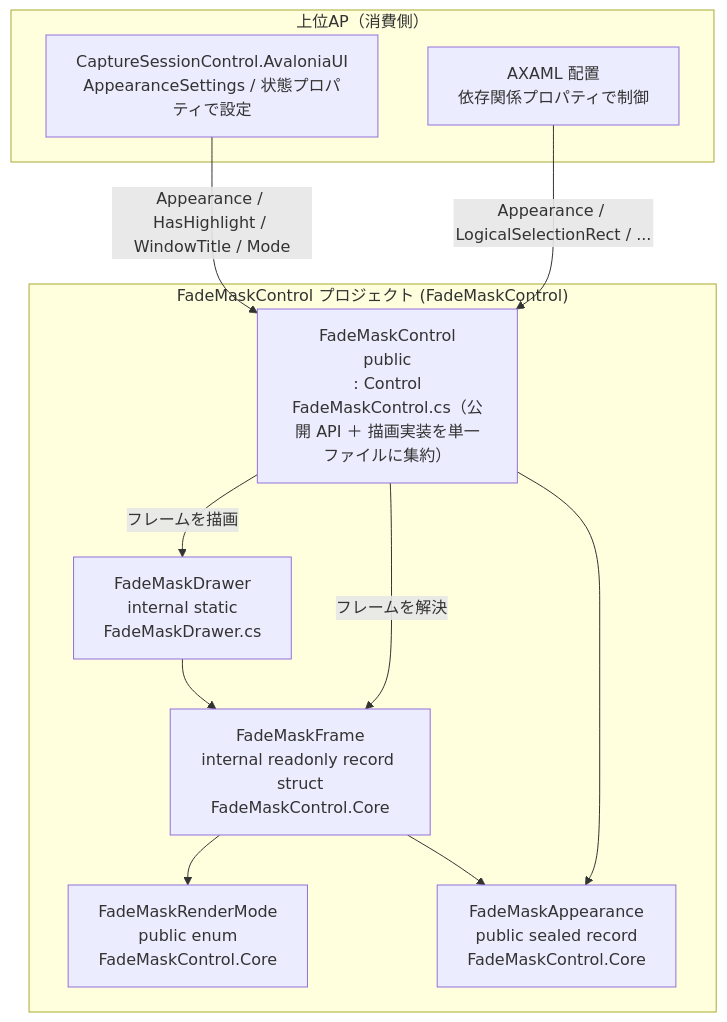
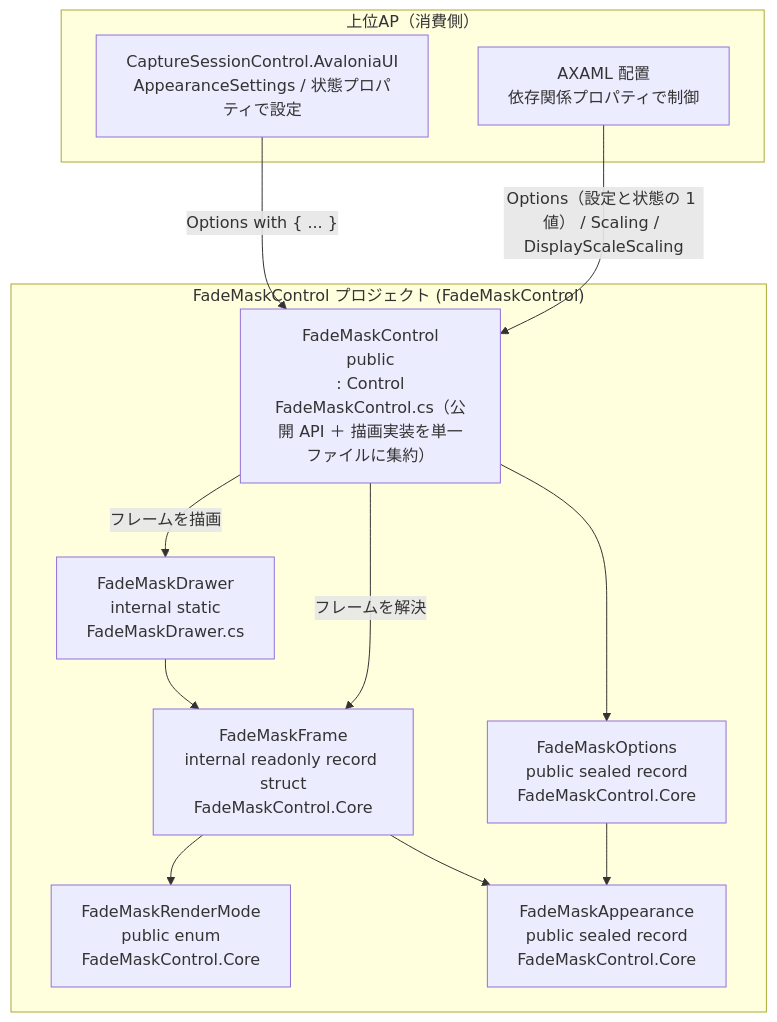
Before and after one commit to tomokuni/SaveEvidence: the first of 2 diagrams in src/FadeMaskControl.AvaloniaUI/SPEC_System.md, drawn with Mermaid. The commit also changed other lines of this file and 32 other files, not shown here.

First line of the commit message:
FadeMaskOptionsで設定と状態を一元化

````diff
--- a/src/FadeMaskControl.AvaloniaUI/SPEC_System.md
+++ b/src/FadeMaskControl.AvaloniaUI/SPEC_System.md
@@ -78,23 +83,25 @@
 ```mermaid
 flowchart TB
     subgraph Host["上位AP（消費側）"]
         UI["AXAML 配置<br/>依存関係プロパティで制御"]
         Snip["CaptureSessionControl.AvaloniaUI<br/>AppearanceSettings / 状態プロパティで設定"]
     end
     subgraph FMC["FadeMaskControl プロジェクト (FadeMaskControl)"]
         Ctl["FadeMaskControl<br/>public<br/>: Control<br/>FadeMaskControl.cs（公開 API ＋ 描画実装を単一ファイルに集約）"]
         Drawer["FadeMaskDrawer<br/>internal static<br/>FadeMaskDrawer.cs"]
         Mode["FadeMaskRenderMode<br/>public enum<br/>FadeMaskControl.Core"]
         App["FadeMaskAppearance<br/>public sealed record<br/>FadeMaskControl.Core"]
+        Opt["FadeMaskOptions<br/>public sealed record<br/>FadeMaskControl.Core"]
         Frame["FadeMaskFrame<br/>internal readonly record struct<br/>FadeMaskControl.Core"]
     end
 
-    UI -->|"Appearance / LogicalSelectionRect / ..."| Ctl
-    Snip -->|"Appearance / HasHighlight / WindowTitle / Mode"| Ctl
+    UI -->|"Options（設定と状態の 1 値） / Scaling / DisplayScaleScaling"| Ctl
+    Snip -->|"Options with { ... }"| Ctl
     Ctl -->|"フレームを解決"| Frame
     Ctl -->|"フレームを描画"| Drawer
-    Ctl --> App
+    Ctl --> Opt
+    Opt --> App
     Frame --> App
     Frame --> Mode
     Drawer --> Frame
 ```
````
